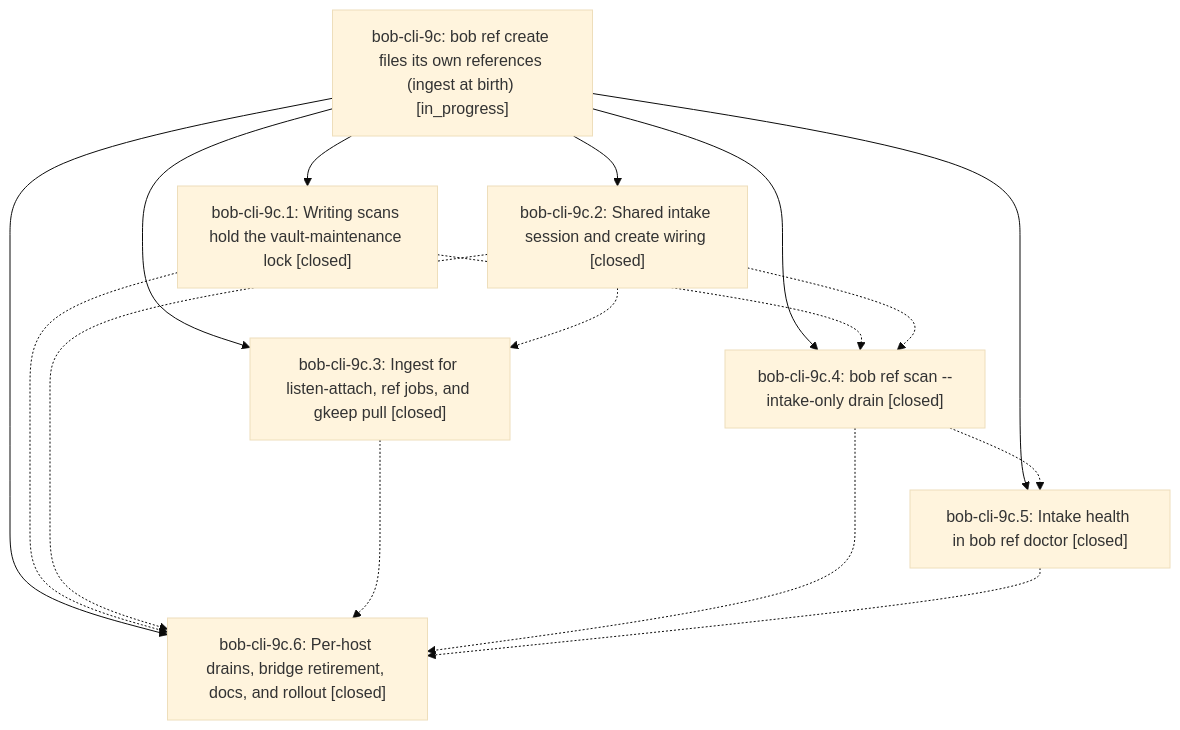
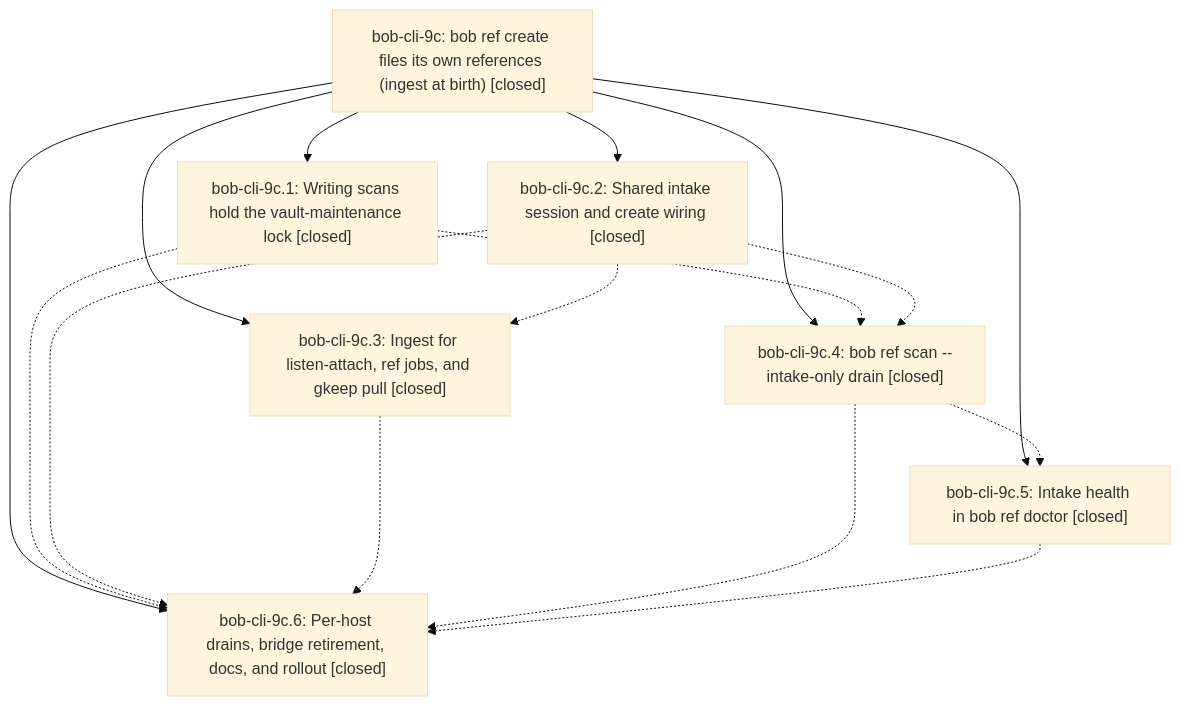
The diagram in pages/bob-cli-9c/README.md (bobs-org/bob-cli--beads), drawn with Mermaid (base theme) before and after one commit. The commit also changed other lines of this file and 1 other file, not shown here.

First line of the commit message:
chore(beads): sync bead state and pages for bob-cli-9c

````diff
--- a/pages/bob-cli-9c/README.md
+++ b/pages/bob-cli-9c/README.md
@@ -41,25 +55,25 @@
 ```mermaid
 flowchart TD
-    n0["bob-cli-9c: bob ref create files its own references (ingest at birth) [in_progress]"]
+    n0["bob-cli-9c: bob ref create files its own references (ingest at birth) [closed]"]
     n1["bob-cli-9c.1: Writing scans hold the vault-maintenance lock [closed]"]
     n2["bob-cli-9c.2: Shared intake session and create wiring [closed]"]
     n3["bob-cli-9c.3: Ingest for listen-attach, ref jobs, and gkeep pull [closed]"]
     n4["bob-cli-9c.4: bob ref scan --intake-only drain [closed]"]
     n5["bob-cli-9c.5: Intake health in bob ref doctor [closed]"]
     n6["bob-cli-9c.6: Per-host drains, bridge retirement, docs, and rollout [closed]"]
     n0 --> n1
     n0 --> n2
     n0 --> n3
     n0 --> n4
     n0 --> n5
     n0 --> n6
     n1 -.-> n4
     n1 -.-> n6
     n2 -.-> n3
     n2 -.-> n4
     n2 -.-> n6
     n3 -.-> n6
     n4 -.-> n5
     n4 -.-> n6
     n5 -.-> n6
 ```
````
